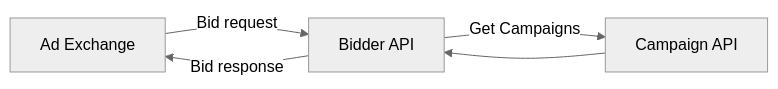
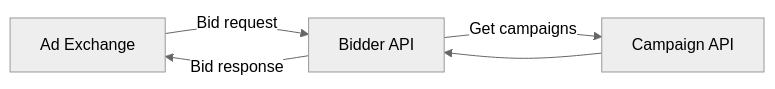
Before and after one commit to Vaggelis-Giannakosian/Project-Agora: the first of 2 diagrams in README.md, drawn with Mermaid (neutral theme). The commit also changed other lines of this file, not shown here.

````diff
--- a/README.md
+++ b/README.md
@@ -14,6 +20,6 @@
 ```mermaid
 graph LR
 A[Ad Exchange] -- Bid request --> 
 B[Bidder API] -- Bid response --> A
-B -- Get Campaigns--> D[Campaign API] --> B
+B -- Get campaigns--> D[Campaign API] --> B
 ```
````
